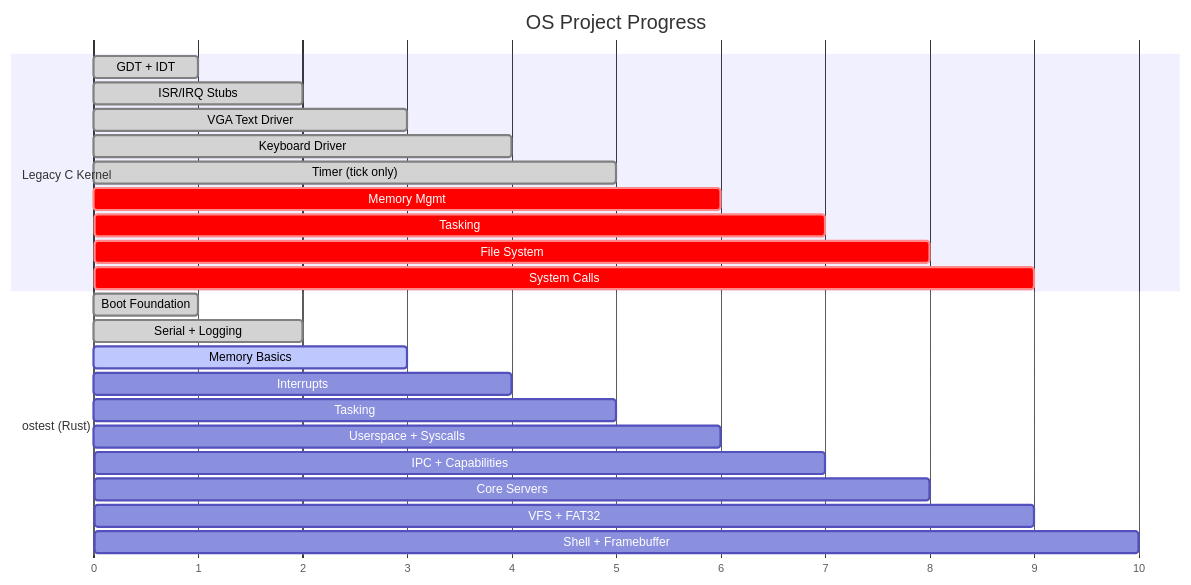
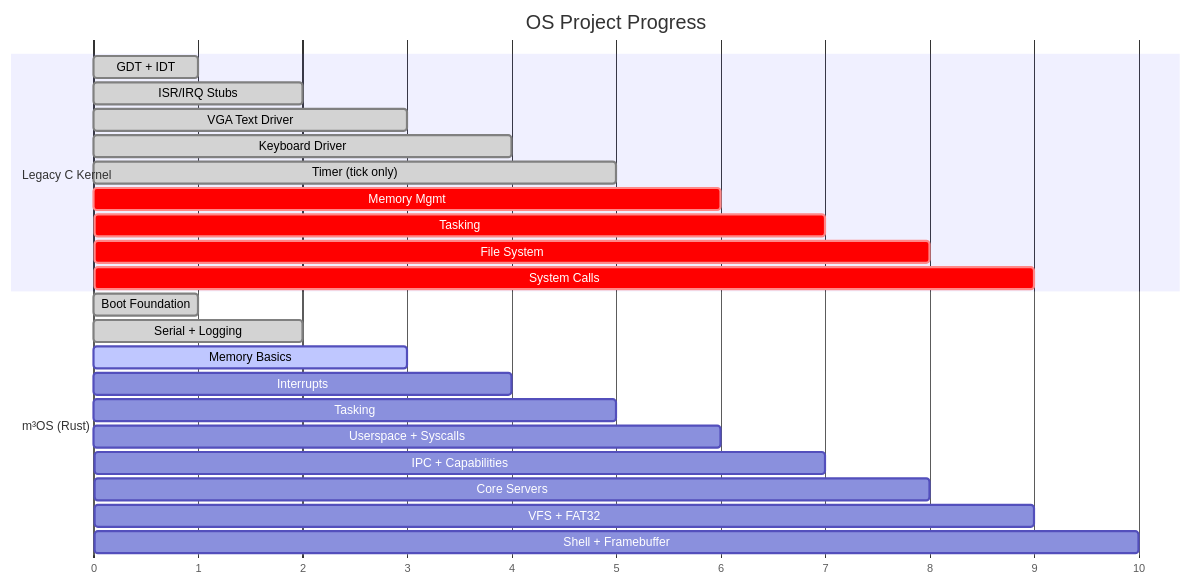
Before and after one commit to mikecubed/m3OS: the seventh of 7 diagrams in docs/legacy-os-comparison.md, drawn with Mermaid. The commit also changed other lines of this file and 24 other files, not shown here.

Commit message:
Rename ostest to m³OS (m3os) (#14)

````diff
--- a/docs/legacy-os-comparison.md
+++ b/docs/legacy-os-comparison.md
@@ -377,29 +377,29 @@
 ```mermaid
 gantt
     title OS Project Progress
     dateFormat X
     axisFormat %s
 
     section Legacy C Kernel
     GDT + IDT           :done, 0, 1
     ISR/IRQ Stubs       :done, 1, 2
     VGA Text Driver     :done, 2, 3
     Keyboard Driver     :done, 3, 4
     Timer (tick only)   :done, 4, 5
     Memory Mgmt         :crit, 5, 6
     Tasking             :crit, 6, 7
     File System         :crit, 7, 8
     System Calls        :crit, 8, 9
 
-    section ostest (Rust)
+    section m³OS (Rust)
     Boot Foundation     :done, 0, 1
     Serial + Logging    :done, 1, 2
     Memory Basics       :active, 2, 3
     Interrupts          :3, 4
     Tasking             :4, 5
     Userspace + Syscalls:5, 6
     IPC + Capabilities  :6, 7
     Core Servers        :7, 8
     VFS + FAT32         :8, 9
     Shell + Framebuffer :9, 10
 ```
````
